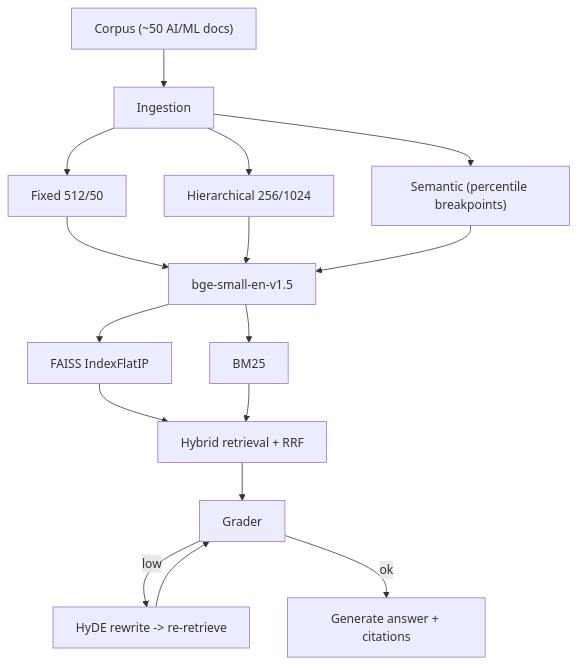
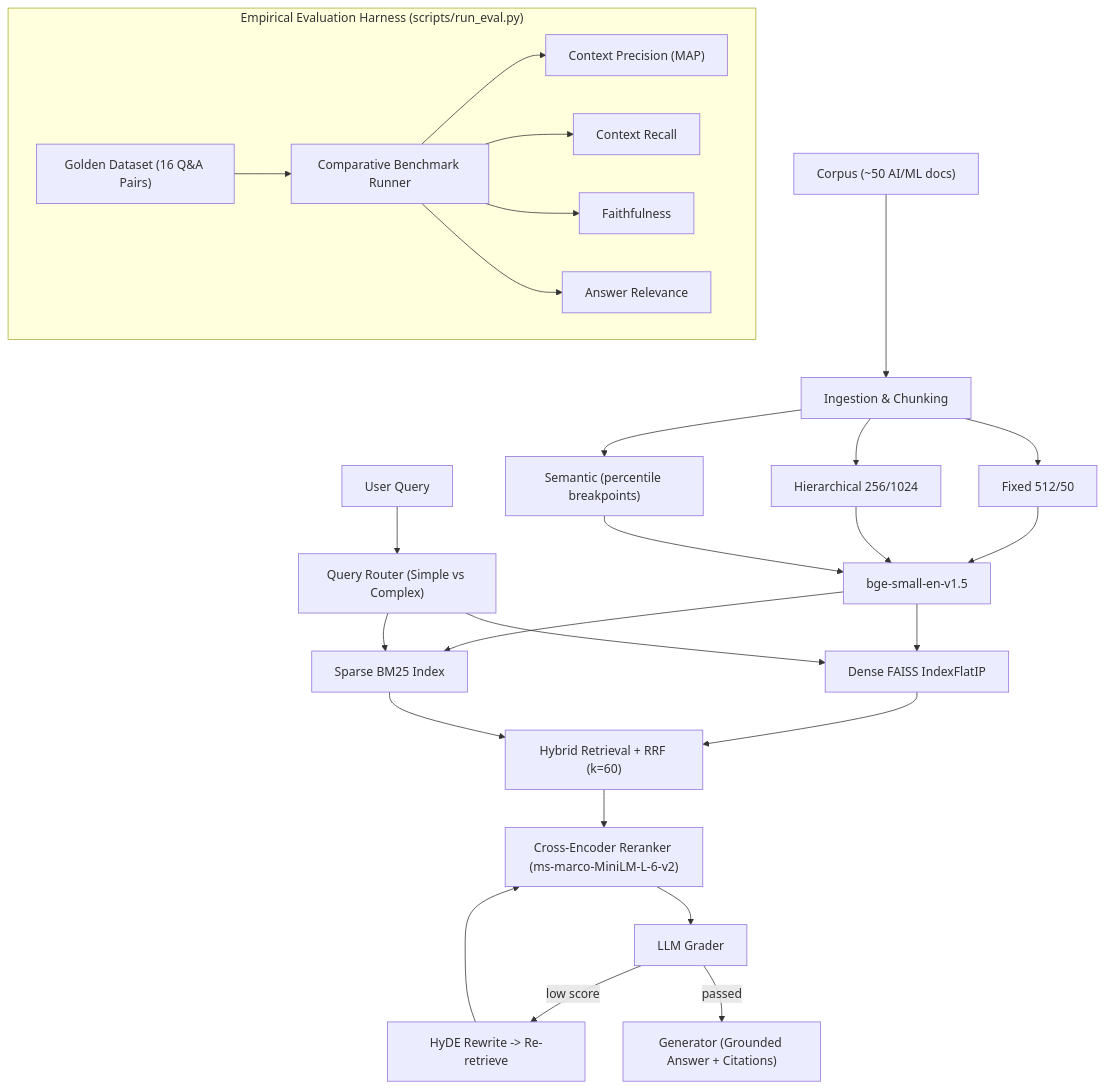
One commit to Agent2509/sentinel-rag changed the diagram in README.md. Above: the diagram before and after it, drawn with Mermaid. The commit also changed other lines of this file and 15 other files, not shown here.

First line of the commit message:
feat: cross-encoder reranking and empirical RAGAS evaluation harness

````diff
--- a/README.md
+++ b/README.md
@@ -79,18 +83,31 @@
 ```mermaid
 flowchart TD
-    A["Corpus (~50 AI/ML docs)"] --> B["Ingestion"]
+    A["Corpus (~50 AI/ML docs)"] --> B["Ingestion & Chunking"]
     B --> C1["Fixed 512/50"]
     B --> C2["Hierarchical 256/1024"]
     B --> C3["Semantic (percentile breakpoints)"]
     C1 --> D["bge-small-en-v1.5"]
     C2 --> D
     C3 --> D
-    D --> E1["FAISS IndexFlatIP"]
-    D --> E2["BM25"]
-    E1 --> H["Hybrid retrieval + RRF"]
+    D --> E1["Dense FAISS IndexFlatIP"]
+    D --> E2["Sparse BM25 Index"]
+    
+    Q["User Query"] --> RT["Query Router (Simple vs Complex)"]
+    RT --> E1
+    RT --> E2
+    E1 --> H["Hybrid Retrieval + RRF (k=60)"]
     E2 --> H
-    H --> G["Grader"]
-    G -->|low| HY["HyDE rewrite -> re-retrieve"]
-    HY --> G
-    G -->|ok| GEN["Generate answer + citations"]
+    H --> RK["Cross-Encoder Reranker (ms-marco-MiniLM-L-6-v2)"]
+    RK --> G["LLM Grader"]
+    G -->|low score| HY["HyDE Rewrite -> Re-retrieve"]
+    HY --> RK
+    G -->|passed| GEN["Generator (Grounded Answer + Citations)"]
+
+    subgraph Eval["Empirical Evaluation Harness (scripts/run_eval.py)"]
+        DS["Golden Dataset (16 Q&A Pairs)"] --> EV["Comparative Benchmark Runner"]
+        EV --> M1["Context Precision (MAP)"]
+        EV --> M2["Context Recall"]
+        EV --> M3["Faithfulness"]
+        EV --> M4["Answer Relevance"]
+    end
 ```
````
